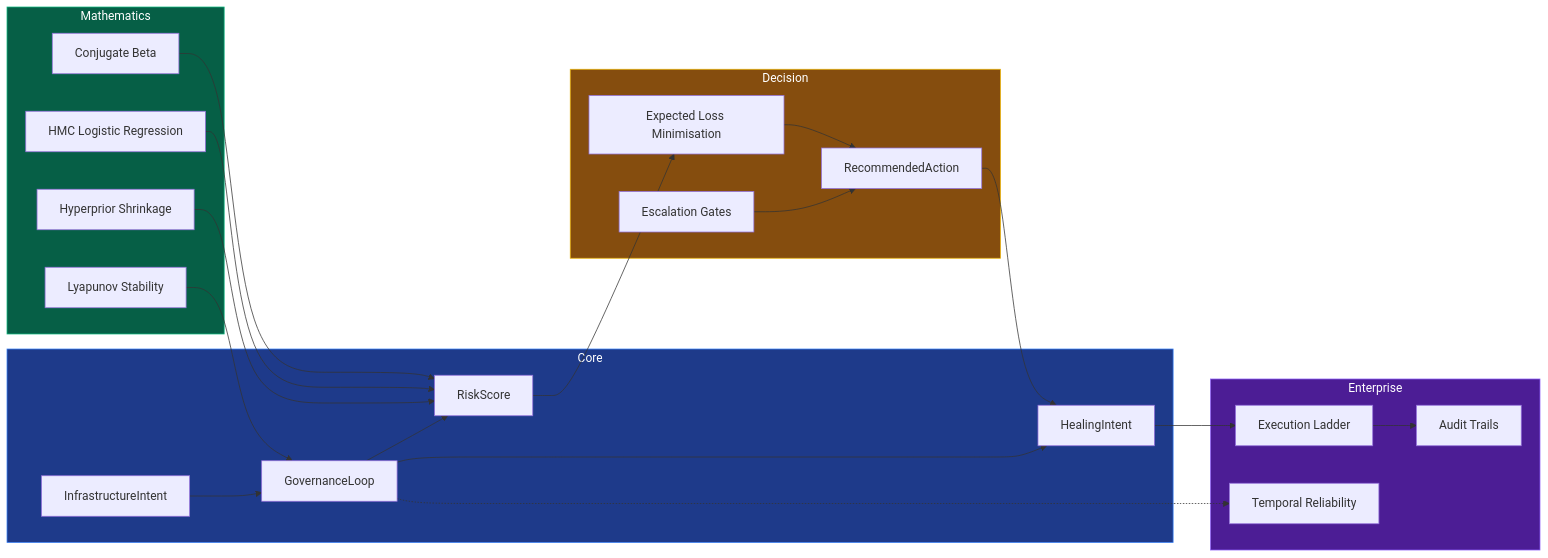
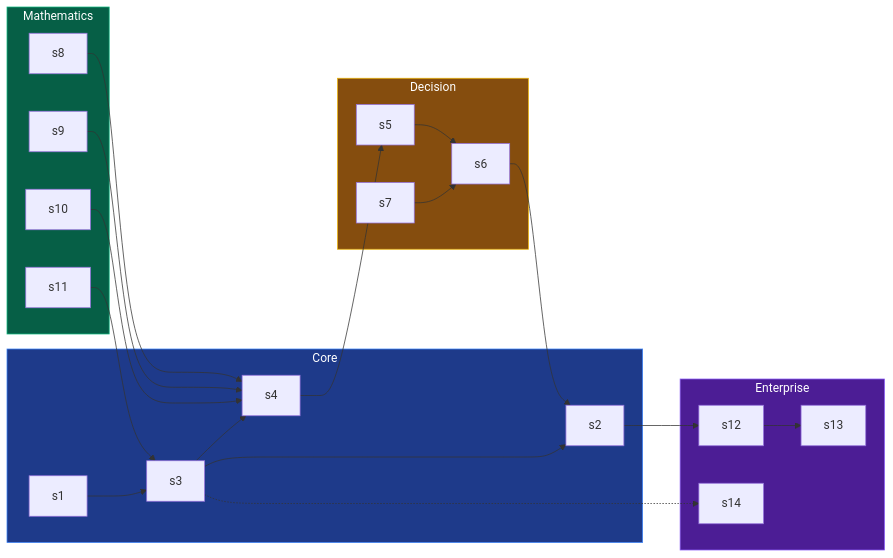
Before and after one commit to arf-foundation/arf-spec: the diagram in docs/glossary.md, drawn with Mermaid.

````diff
--- a/docs/glossary.md
+++ b/docs/glossary.md
@@ -7,50 +7,50 @@
 ```mermaid
 graph LR
     subgraph Core
-        Intent[InfrastructureIntent]
-        Healing[HealingIntent]
-        Loop[GovernanceLoop]
-        Risk[RiskScore]
+        Intent["s1"]
+        Healing["s2"]
+        Loop["s3"]
+        Risk["s4"]
     end
 
     subgraph Decision
-        Loss[Expected Loss Minimisation]
-        Action[RecommendedAction]
-        Gate[Escalation Gates]
+        Loss["s5"]
+        Action["s6"]
+        Gate["s7"]
     end
 
     subgraph Mathematics
-        Conj[Conjugate Beta]
-        HMC[HMC Logistic Regression]
-        Hyper[Hyperprior Shrinkage]
-        Lyap[Lyapunov Stability]
+        Conj["s8"]
+        HMC["s9"]
+        Hyper["s10"]
+        Lyap["s11"]
     end
 
     subgraph Enterprise
-        Ladder[Execution Ladder]
-        Audit[Audit Trails]
-        Temp[Temporal Reliability]
+        Ladder["s12"]
+        Audit["s13"]
+        Temp["s14"]
     end
 
     Intent --> Loop
     Loop --> Risk
     Risk --> Loss
     Loss --> Action
     Gate --> Action
     Action --> Healing
     Loop --> Healing
 
     Conj --> Risk
     HMC --> Risk
     Hyper --> Risk
     Lyap --> Loop
 
     Healing --> Ladder
     Ladder --> Audit
     Loop -.-> Temp
 
     style Core fill:#1e3a8a,stroke:#3b82f6,color:#fff
     style Decision fill:#854d0e,stroke:#eab308,color:#fff
     style Mathematics fill:#065f46,stroke:#10b981,color:#fff
     style Enterprise fill:#4c1d95,stroke:#8b5cf6,color:#fff
 ```
````
